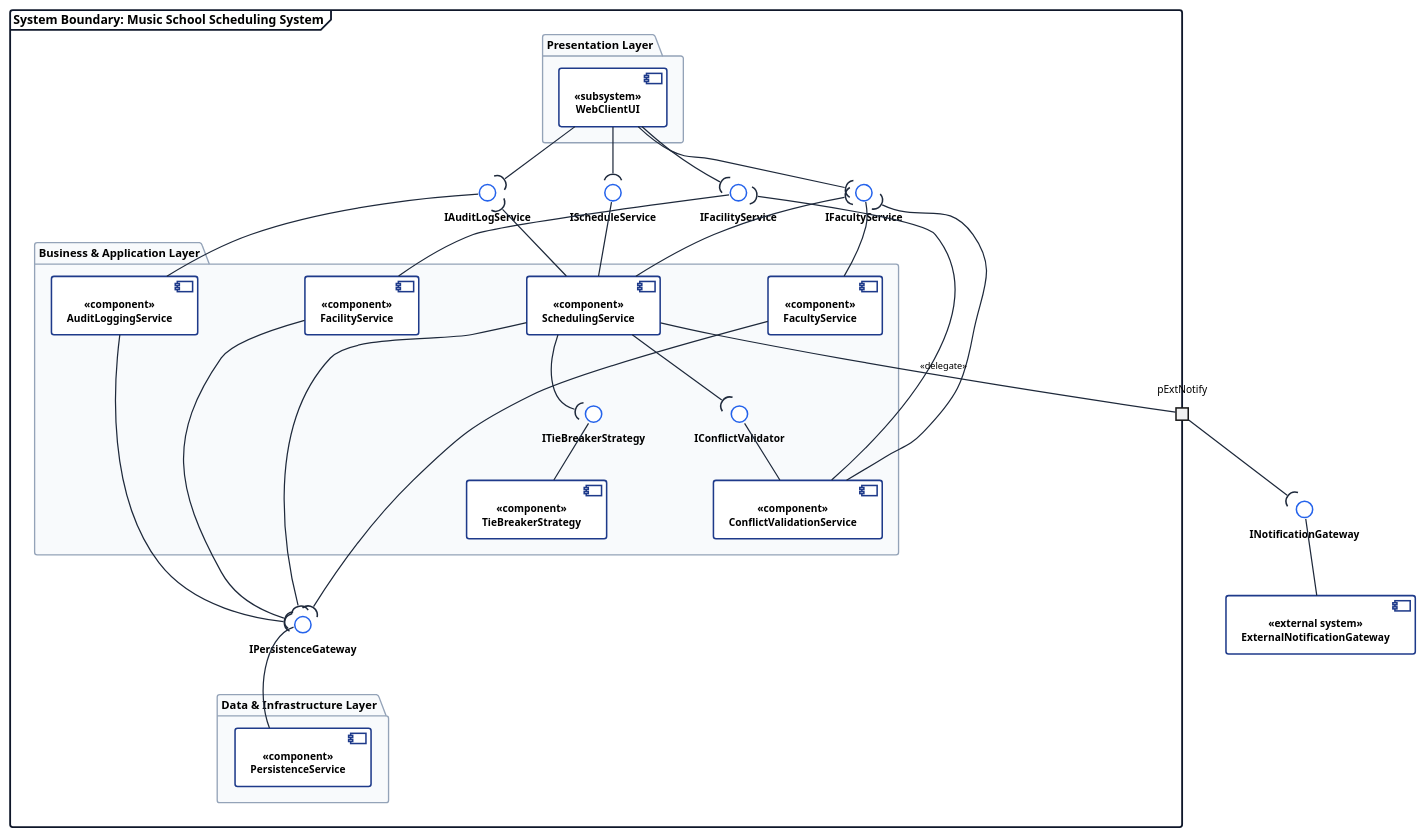
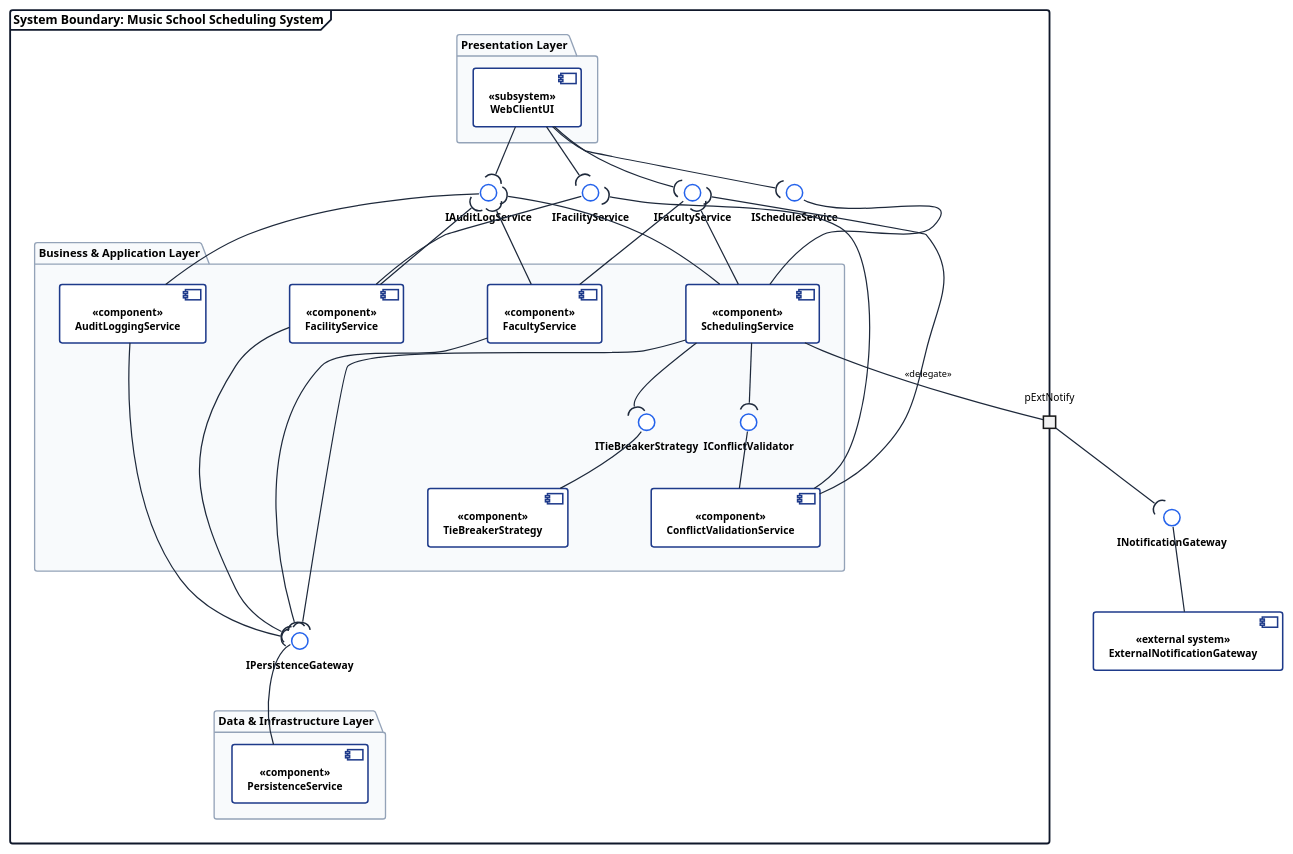
The diagram in report/assets/m2/component_diagram.puml (adoreblvnk/2001temp), drawn with PlantUML before and after one commit. The commit also changed 39 other files, not shown here.

Commit message:
fix(report,wireframes,slides): align UML diagrams, interface contracts, testing, and PDF exports

```diff
--- a/report/assets/m2/component_diagram.puml
+++ b/report/assets/m2/component_diagram.puml
@@ -1,141 +1,147 @@
 @startuml component_diagram
 top to bottom direction
 skinparam componentStyle uml2
 skinparam shadowing false
 skinparam defaultFontName "Helvetica", "Arial", sans-serif
 skinparam defaultFontSize 10
-skinparam nodesep 105
+skinparam nodesep 82
 skinparam ranksep 46
 
 skinparam component {
     BackgroundColor #FFFFFF
     BorderColor #1E3A8A
     BorderThickness 1.5
     FontSize 10
     FontStyle bold
 }
 
 skinparam interface {
     BackgroundColor #FFFFFF
     BorderColor #2563EB
     BorderThickness 1.5
     FontSize 10
     FontStyle bold
 }
 
 skinparam package {
     BackgroundColor #F8FAFC
     BorderColor #94A3B8
     BorderThickness 1.3
     FontSize 11
     FontStyle bold
 }
 
 skinparam frame {
     BackgroundColor #FFFFFF
     BorderColor #0F172A
     BorderThickness 1.8
     FontSize 12
     FontStyle bold
 }
 
 skinparam arrow {
     Color #1E293B
     Thickness 1.2
     FontSize 9
 }
 
 frame "System Boundary: Music School Scheduling System" as SysBoundary {
 
     package "Presentation Layer" as PkgUI {
         component [WebClientUI] as UI <<subsystem>>
     }
 
     ' Provided Service Interfaces exposed to Presentation Layer
-    () "IAuditLogService" as IAudit
-    () "IScheduleService" as ISchedule
-    () "IFacultyService" as IFaculty
-    () "IFacilityService" as IFacility
+    together {
+        () "IAuditLogService" as IAudit
+        () "IFacilityService" as IFacility
+        () "IFacultyService" as IFaculty
+        () "IScheduleService" as ISchedule
+    }
 
     package "Business & Application Layer" as PkgBiz {
-        ' Row 1: Domain & Application Services
-        component [AuditLoggingService] as AuditComp <<component>>
-        component [SchedulingService] as SchedComp <<component>>
-        component [FacultyService] as FacComp <<component>>
-        component [FacilityService] as FacilComp <<component>>
+        together {
+            component [AuditLoggingService] as AuditComp <<component>>
+            component [FacilityService] as FacilComp <<component>>
+            component [FacultyService] as FacComp <<component>>
+            component [SchedulingService] as SchedComp <<component>>
+        }
 
-        ' Internal Business Interfaces
-        () "ITieBreakerStrategy" as IRank
-        () "IConflictValidator" as IVal
+        together {
+            () "ITieBreakerStrategy" as IRank
+            () "IConflictValidator" as IVal
+        }
 
-        ' Row 2: Ranking & Multi-Constraint Validation Components
-        component [TieBreakerStrategy] as RankComp <<component>>
-        component [ConflictValidationService] as ValComp <<component>>
+        together {
+            component [TieBreakerStrategy] as RankComp <<component>>
+            component [ConflictValidationService] as ValComp <<component>>
+        }
     }
 
     () "IPersistenceGateway" as IData
 
     package "Data & Infrastructure Layer" as PkgData {
         component [PersistenceService] as DataComp <<component>>
     }
 
     portout "pExtNotify" as pExtNotify
 }
 
 ' External System outside System Boundary
 () "INotificationGateway" as INotify
 component [ExternalNotificationGateway] as ExtNotify <<external system>>
 
-' Presentation to Provided Business Interfaces (Solid Required Sockets)
+' Presentation to Provided Business Interfaces
 UI -down-( IAudit
 UI -down-( ISchedule
 UI -down-( IFaculty
 UI -down-( IFacility
 
-' Service Interface Realizations (Provided Lollipops)
+' Service Interface Realizations (Provided Lollipops directly above each provider)
 AuditComp -up- IAudit
 SchedComp -up- ISchedule
 FacComp -up- IFaculty
 FacilComp -up- IFacility
 
-' Intra-Layer Business Collaborations (Solid UML 2.5 Assembly Sockets)
+' Intra-Layer Business Collaborations
 SchedComp -up-( IAudit
+FacComp -up-( IAudit
+FacilComp -up-( IAudit
 SchedComp -up-( IFaculty
 SchedComp -down-( IRank
 SchedComp -down-( IVal
 RankComp -up- IRank
 ValComp -up- IVal
 ValComp -up-( IFaculty
 ValComp -up-( IFacility
 
 ' Data Layer Persistence Realization & Consumers
 DataComp -up- IData
 AuditComp -down-( IData
 SchedComp -down-( IData
 FacComp -down-( IData
 FacilComp -down-( IData
 
-' UML 2.5.1 Boundary Delegation (solid line, no arrowhead) & External Socket/Lollipop
+' UML 2.5.1 Boundary Delegation & External Socket/Lollipop
 SchedComp -- pExtNotify : <<delegate>>
 pExtNotify -down-( INotify
 ExtNotify -up- INotify
 
 ' Strict Horizontal & Vertical Layout Ordering
-IAudit -[hidden]right-> ISchedule
-ISchedule -[hidden]right-> IFaculty
-IFaculty -[hidden]right-> IFacility
+IAudit -[hidden]right-> IFacility
+IFacility -[hidden]right-> IFaculty
+IFaculty -[hidden]right-> ISchedule
 
-AuditComp -[hidden]right-> SchedComp
-SchedComp -[hidden]right-> FacComp
-FacComp -[hidden]right-> FacilComp
-
+AuditComp -[hidden]right-> FacilComp
+FacilComp -[hidden]right-> FacComp
+FacComp -[hidden]right-> SchedComp
 SchedComp -[hidden]down-> IRank
 FacComp -[hidden]down-> IVal
 IRank -[hidden]right-> IVal
 RankComp -[hidden]right-> ValComp
 
 RankComp -[hidden]down-> IData
 ValComp -[hidden]down-> IData
 IData -[hidden]down-> DataComp
 
 @enduml
```
